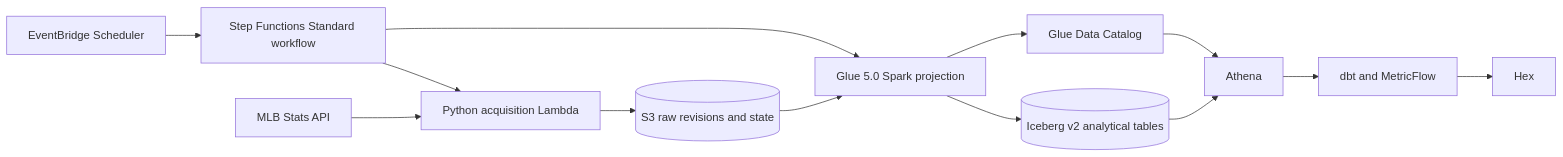
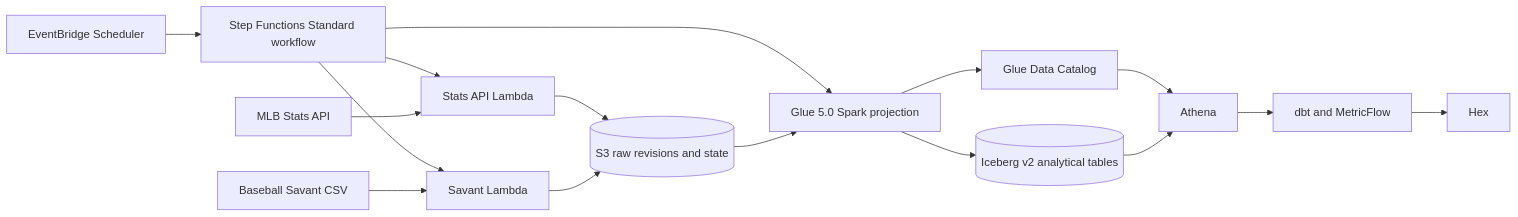
One commit to zpgallegos/zavant changed the diagram in docs/data-platform.md. Above: the diagram before and after it, drawn with Mermaid. The commit also changed other lines of this file and 160 other files, not shown here.

````diff
--- a/docs/data-platform.md
+++ b/docs/data-platform.md
@@ -16,27 +16,32 @@
 ```mermaid
 flowchart LR
     schedule[EventBridge Scheduler]
     state_machine[Step Functions Standard workflow]
     api[MLB Stats API]
-    lambda[Python acquisition Lambda]
+    savant[Baseball Savant CSV]
+    lambda[Stats API Lambda]
+    savant_lambda[Savant Lambda]
     raw[(S3 raw revisions and state)]
     glue[Glue 5.0 Spark projection]
     catalog[Glue Data Catalog]
     iceberg[(Iceberg v2 analytical tables)]
     athena[Athena]
     dbt[dbt and MetricFlow]
     hex[Hex]
 
     schedule --> state_machine
     state_machine --> lambda
+    state_machine --> savant_lambda
     api --> lambda
+    savant --> savant_lambda
     lambda --> raw
+    savant_lambda --> raw
     state_machine --> glue
     raw --> glue
     glue --> iceberg
     glue --> catalog
     catalog --> athena
     iceberg --> athena
     athena --> dbt
     dbt --> hex
 ```
````
